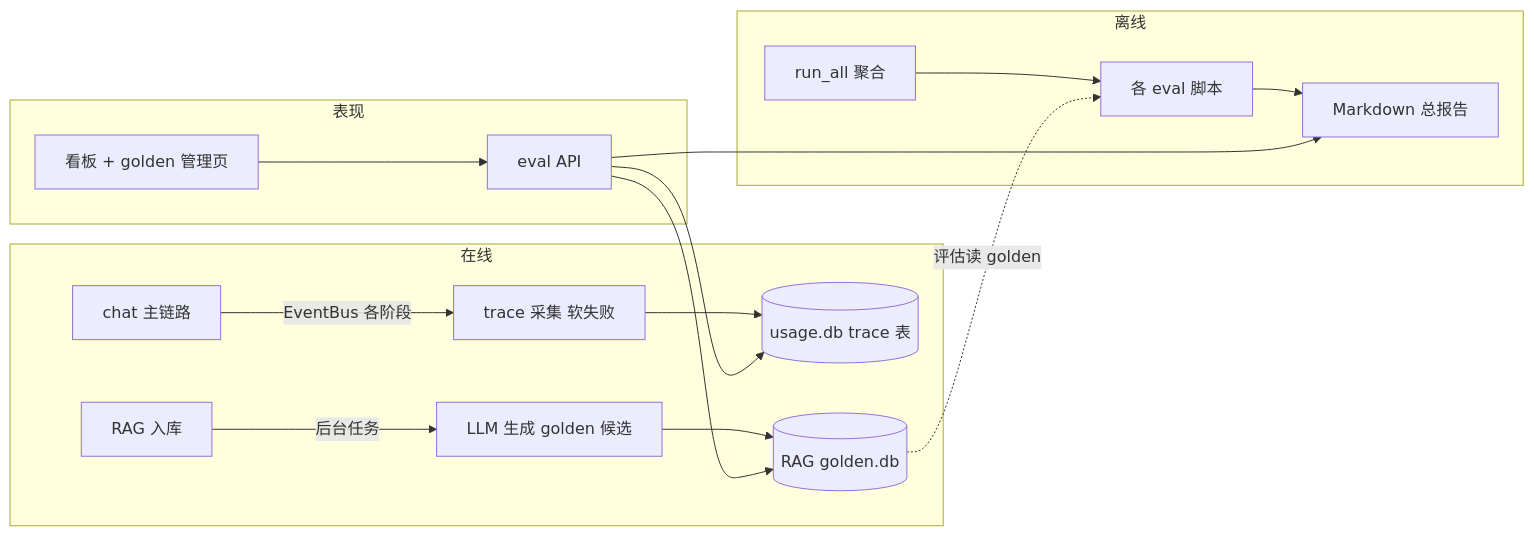
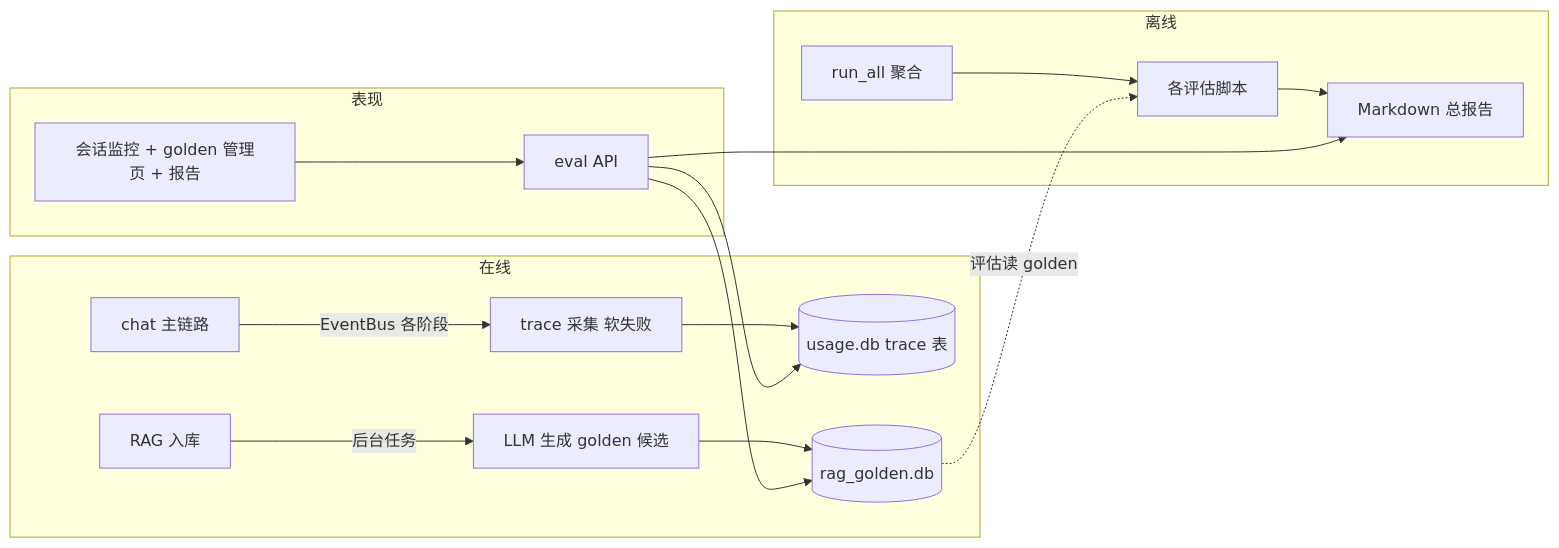
Before and after one commit to michaelwangzhenan/AgentA: the first of 4 diagrams in docs/iter_14_enh.md, drawn with Mermaid. The commit also changed other lines of this file and 7 other files, not shown here.

First line of the commit message:
iter_14: RAG golden 评估改用 rag_golden.db 为唯一数据源

````diff
--- a/docs/iter_14_enh.md
+++ b/docs/iter_14_enh.md
@@ -97,19 +113,19 @@
 ```mermaid
 flowchart LR
   subgraph 在线
     chat[chat 主链路] -->|EventBus 各阶段| cap[trace 采集 软失败]
     cap --> tdb[(usage.db trace 表)]
     ingest[RAG 入库] -->|后台任务| gen[LLM 生成 golden 候选]
-    gen --> gdb[(RAG golden.db)]
+    gen --> gdb[(rag_golden.db)]
   end
   subgraph 离线
-    runall[run_all 聚合] --> scripts[各 eval 脚本] --> report[Markdown 总报告]
+    runall[run_all 聚合] --> scripts[各评估脚本] --> report[Markdown 总报告]
     gdb -.评估读 golden.-> scripts
   end
   subgraph 表现
     api[eval API] --> tdb
     api --> gdb
     api --> report
-    fe[看板 + golden 管理页] --> api
+    fe[会话监控 + golden 管理页 + 报告] --> api
   end
 ```
````
